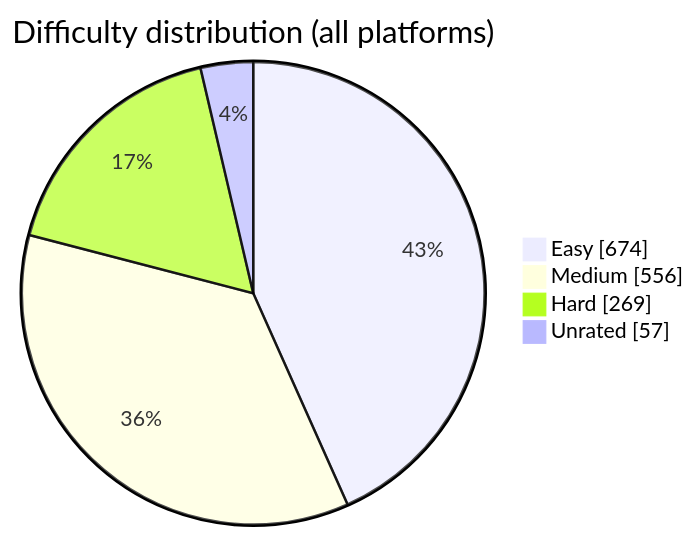
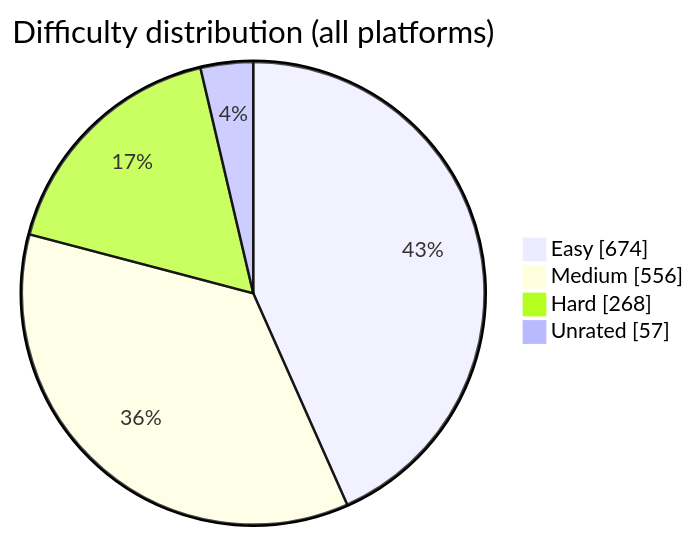
One commit to BuildbyArindam/Daily-Coding-Log changed the diagram in README.md. Above: the diagram before and after it, drawn with Mermaid. The commit also changed other lines of this file, not shown here.

````diff
--- a/README.md
+++ b/README.md
@@ -93,7 +93,7 @@
 ```mermaid
 pie showData title Difficulty distribution (all platforms)
     "Easy" : 674
     "Medium" : 556
-    "Hard" : 269
+    "Hard" : 268
     "Unrated" : 57
 ```
````
